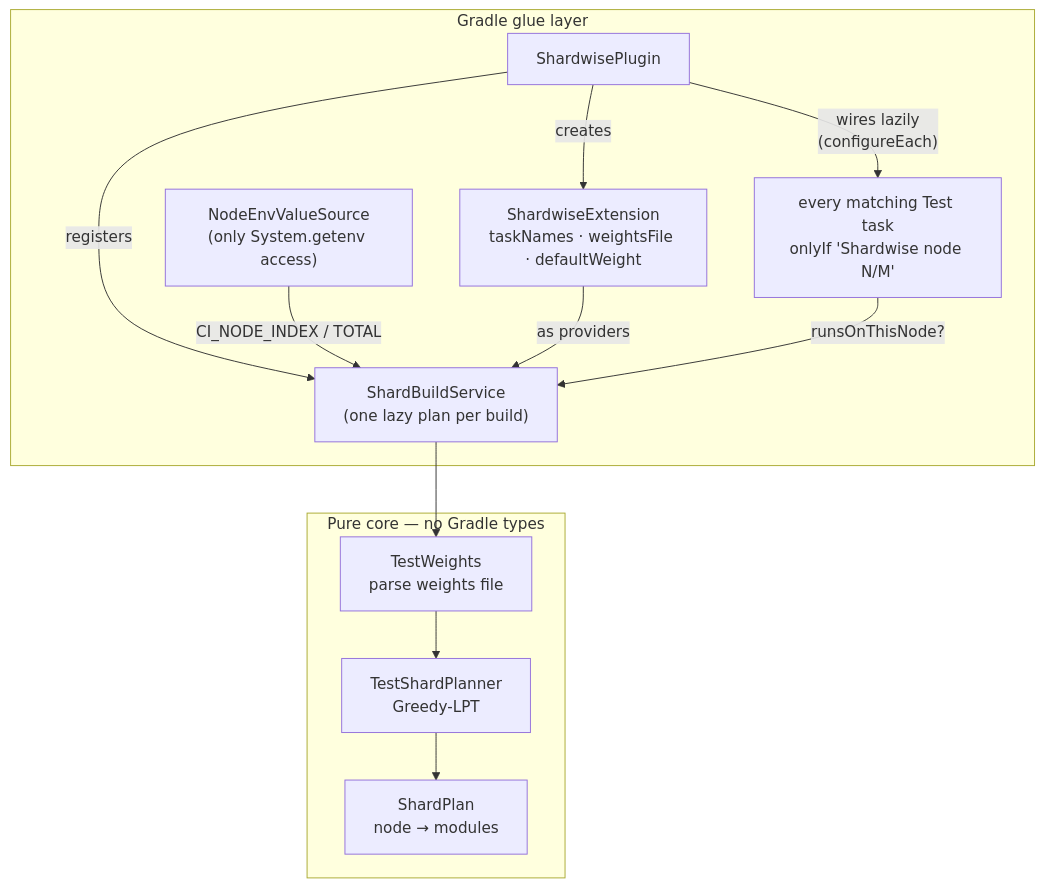
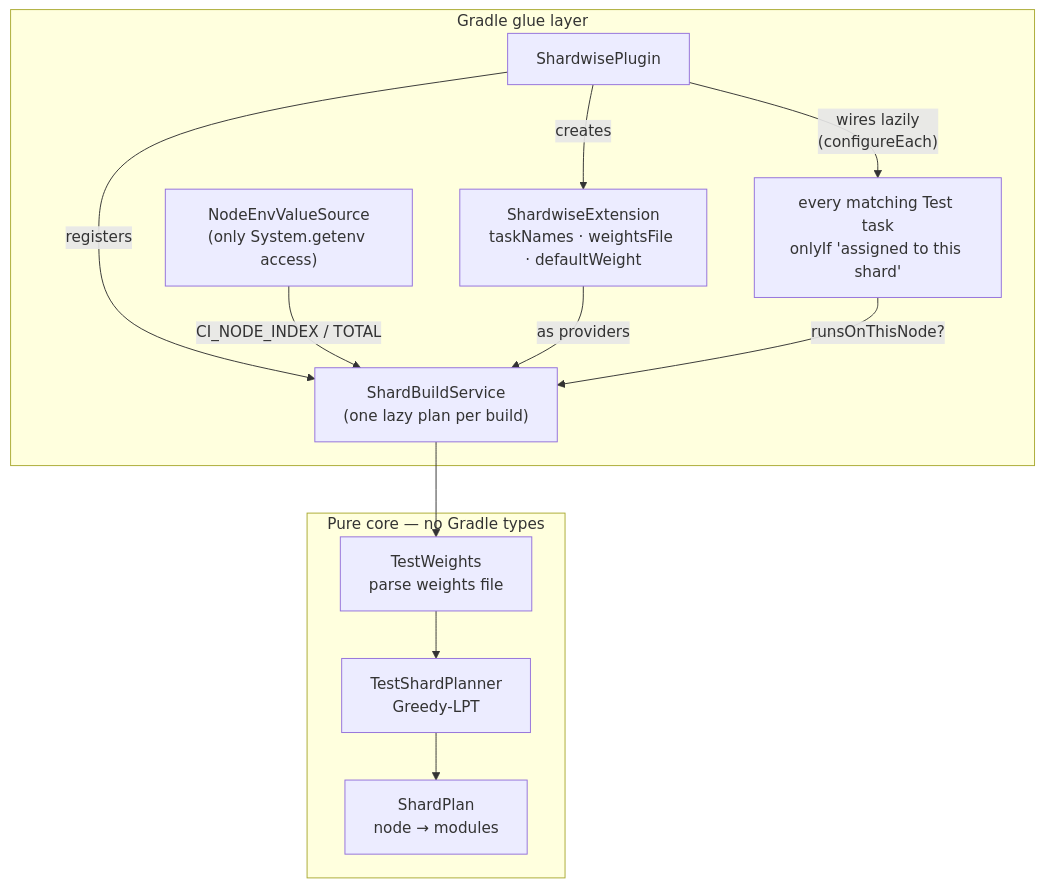
The second of 3 diagrams in docs/how-it-works.md (micschr0/gradle-test-shard-plugin), drawn with Mermaid before and after one commit. The commit also changed other lines of this file and 26 other files, not shown here.

````diff
--- a/docs/how-it-works.md
+++ b/docs/how-it-works.md
@@ -110,22 +106,22 @@
 ```mermaid
 flowchart TB
     subgraph glue["Gradle glue layer"]
         EXT["ShardwiseExtension<br/>taskNames · weightsFile · defaultWeight"]
         PLG["ShardwisePlugin"]
         VS["NodeEnvValueSource<br/>(only System.getenv access)"]
         BS["ShardBuildService<br/>(one lazy plan per build)"]
-        TT["every matching Test task<br/>onlyIf 'Shardwise node N/M'"]
+        TT["every matching Test task<br/>onlyIf 'assigned to this shard'"]
     end
     subgraph pure["Pure core — no Gradle types"]
         TW["TestWeights<br/>parse weights file"]
         PLN["TestShardPlanner<br/>Greedy-LPT"]
         SP["ShardPlan<br/>node → modules"]
     end
     PLG -- "creates" --> EXT
     PLG -- "registers" --> BS
     PLG -- "wires lazily<br/>(configureEach)" --> TT
     VS -- "CI_NODE_INDEX / TOTAL" --> BS
     EXT -- "as providers" --> BS
     TT -- "runsOnThisNode?" --> BS
     BS --> TW --> PLN --> SP
 ```
````
